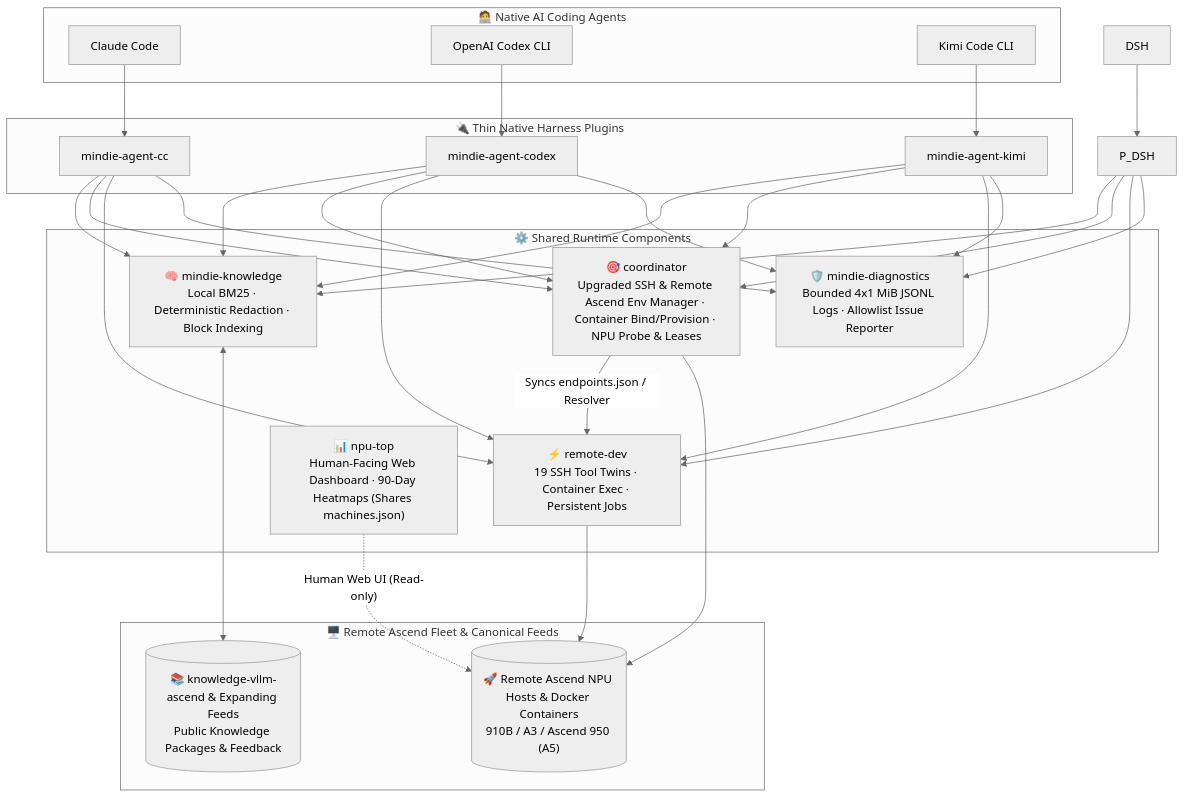
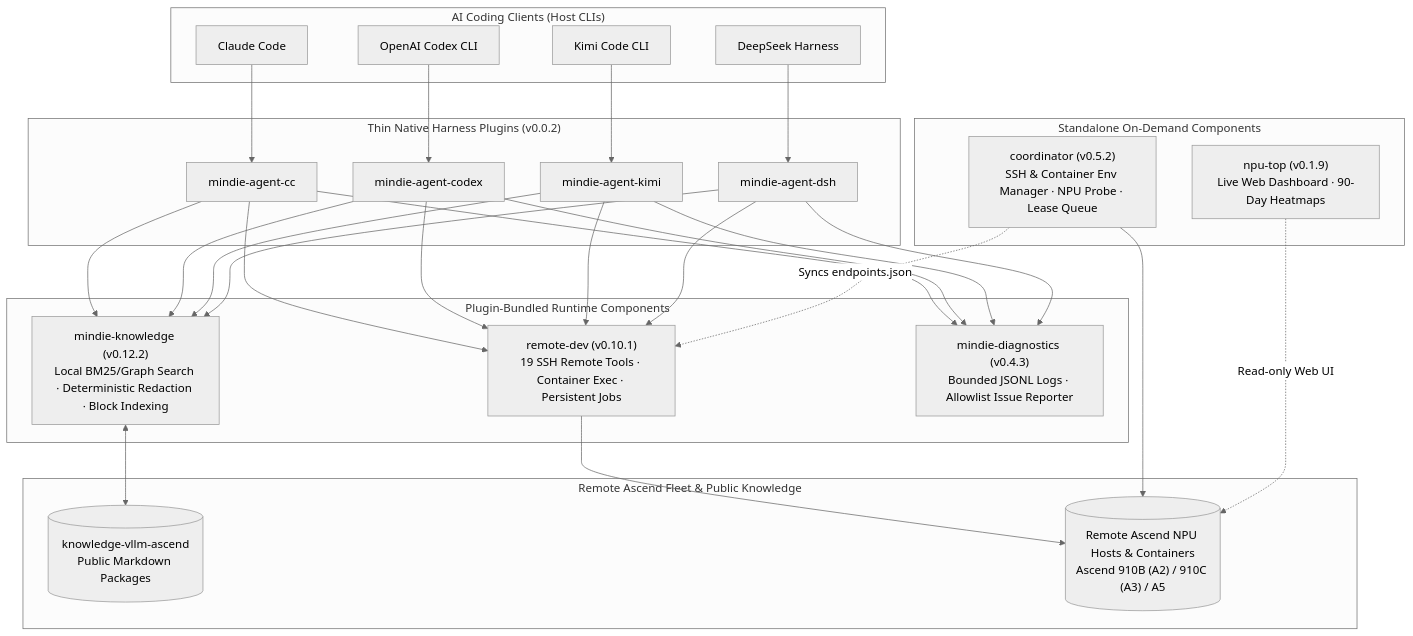
One commit to grandolantow/mindie-agent changed the first of 2 diagrams in README.en.md. Above: the diagram before and after it, drawn with Mermaid (neutral theme). The commit also changed other lines of this file and 15 other files, not shown here.

````diff
--- a/README.en.md
+++ b/README.en.md
@@ -178,38 +178,43 @@
 ```mermaid
 flowchart TB
-  subgraph Clients["🧑‍💻 Native AI Coding Agents"]
+  subgraph Clients["AI Coding Clients (Host CLIs)"]
     CC["Claude Code"]
     Codex["OpenAI Codex CLI"]
     Kimi["Kimi Code CLI"]
+    DSH["DeepSeek Harness"]
   end
 
-  subgraph Adapters["🔌 Thin Native Harness Plugins"]
+  subgraph Adapters["Thin Native Harness Plugins (v0.0.2)"]
     P_CC["mindie-agent-cc"]
     P_Codex["mindie-agent-codex"]
     P_Kimi["mindie-agent-kimi"]
+    P_DSH["mindie-agent-dsh"]
   end
 
-  subgraph Core["⚙️ Shared Runtime Components"]
-    Knowledge["🧠 mindie-knowledge<br/>Local BM25 · Deterministic Redaction · Block Indexing"]
-    Coord["🎯 coordinator<br/>Upgraded SSH & Remote Ascend Env Manager · Container Bind/Provision · NPU Probe & Leases"]
-    RemoteDev["⚡ remote-dev<br/>19 SSH Tool Twins · Container Exec · Persistent Jobs"]
-    NpuTop["📊 npu-top<br/>Human-Facing Web Dashboard · 90-Day Heatmaps (Shares machines.json)"]
-    Diag["🛡️ mindie-diagnostics<br/>Bounded 4x1 MiB JSONL Logs · Allowlist Issue Reporter"]
+  subgraph Bundled["Plugin-Bundled Runtime Components"]
+    Knowledge["mindie-knowledge (v0.12.2)<br/>Local BM25/Graph Search · Deterministic Redaction · Block Indexing"]
+    RemoteDev["remote-dev (v0.10.1)<br/>19 SSH Remote Tools · Container Exec · Persistent Jobs"]
+    Diag["mindie-diagnostics (v0.4.3)<br/>Bounded JSONL Logs · Allowlist Issue Reporter"]
   end
 
-  subgraph Remote["🖥️ Remote Ascend Fleet & Canonical Feeds"]
-    Feed[("📚 knowledge-vllm-ascend & Expanding Feeds<br/>Public Knowledge Packages & Feedback")]
-    Cluster[("🚀 Remote Ascend NPU Hosts & Docker Containers<br/>910B / A3 / Ascend 950 (A5)")]
+  subgraph Standalone["Standalone On-Demand Components"]
+    Coord["coordinator (v0.5.2)<br/>SSH & Container Env Manager · NPU Probe · Lease Queue"]
+    NpuTop["npu-top (v0.1.9)<br/>Live Web Dashboard · 90-Day Heatmaps"]
+  end
+
+  subgraph Remote["Remote Ascend Fleet & Public Knowledge"]
+    Feed[("knowledge-vllm-ascend<br/>Public Markdown Packages")]
+    Cluster[("Remote Ascend NPU Hosts & Containers<br/>Ascend 910B (A2) / 910C (A3) / A5")]
   end
 
   CC --> P_CC
   Codex --> P_Codex
   Kimi --> P_Kimi
   DSH --> P_DSH
 
-  P_CC & P_Codex & P_Kimi & P_DSH --> Knowledge & Coord & RemoteDev & Diag
+  P_CC & P_Codex & P_Kimi & P_DSH --> Knowledge & RemoteDev & Diag
   Knowledge <--> Feed
-  Coord -- "Syncs endpoints.json / Resolver" --> RemoteDev
-  Coord & RemoteDev --> Cluster
-  NpuTop -. "Human Web UI (Read-only)" .-> Cluster
+  Coord -. "Syncs endpoints.json" .-> RemoteDev
+  RemoteDev & Coord --> Cluster
+  NpuTop -. "Read-only Web UI" .-> Cluster
 ```
````
